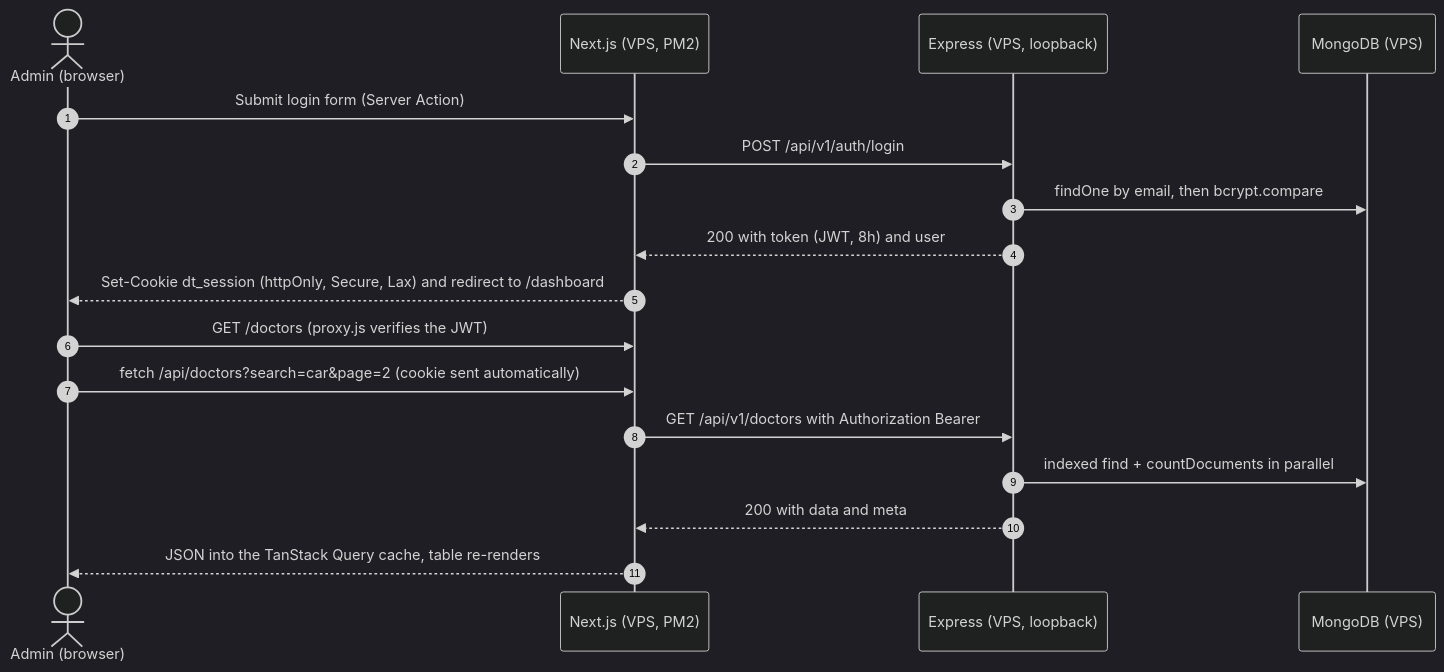
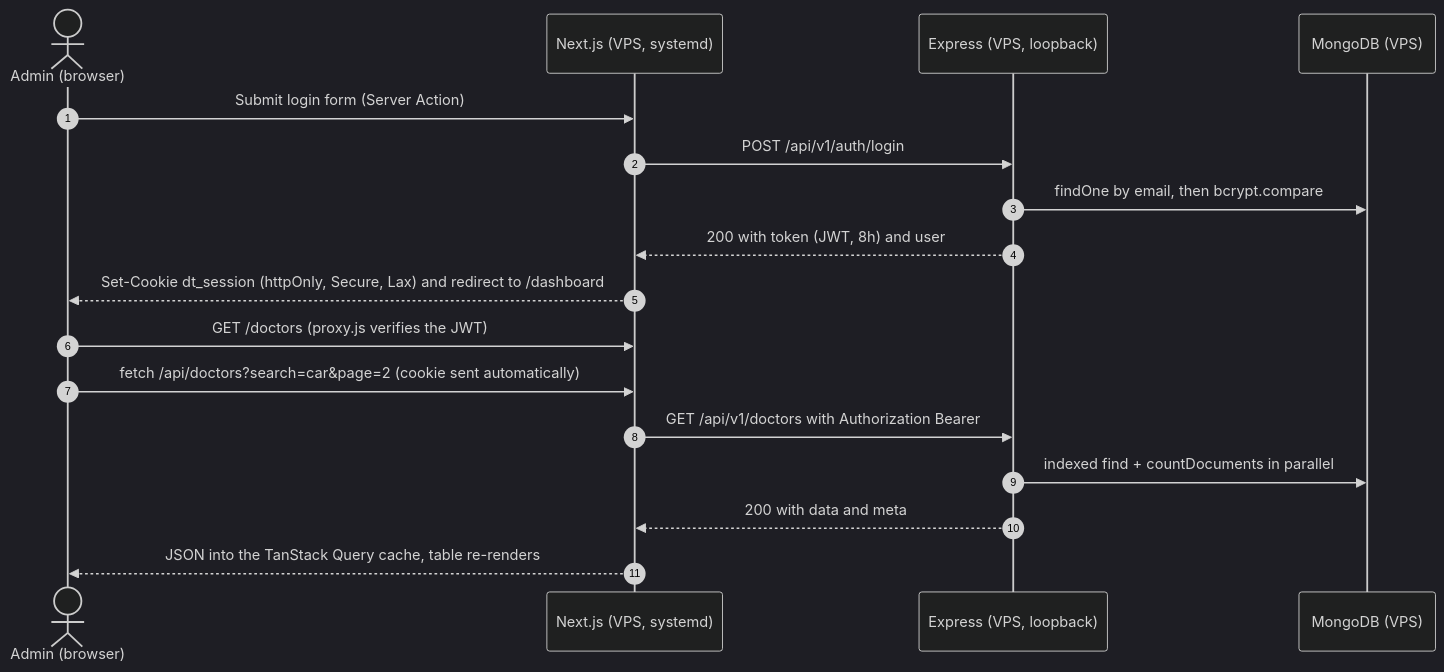
The second of 4 diagrams in RUNBOOK.md (zakaria-akash/doctor-tracker), drawn with Mermaid (dark theme) before and after one commit. The commit also changed other lines of this file and 2 other files, not shown here.

Commit message:
docs: plan isolated VPS deploy with short nip.io URLs

````diff
--- a/RUNBOOK.md
+++ b/RUNBOOK.md
@@ -176,19 +176,19 @@
 ```mermaid
 sequenceDiagram
   autonumber
   actor U as Admin (browser)
-  participant N as Next.js (VPS, PM2)
+  participant N as Next.js (VPS, systemd)
   participant E as Express (VPS, loopback)
   participant M as MongoDB (VPS)
   U->>N: Submit login form (Server Action)
   N->>E: POST /api/v1/auth/login
   E->>M: findOne by email, then bcrypt.compare
   E-->>N: 200 with token (JWT, 8h) and user
   N-->>U: Set-Cookie dt_session (httpOnly, Secure, Lax) and redirect to /dashboard
   U->>N: GET /doctors (proxy.js verifies the JWT)
   U->>N: fetch /api/doctors?search=car&page=2 (cookie sent automatically)
   N->>E: GET /api/v1/doctors with Authorization Bearer
   E->>M: indexed find + countDocuments in parallel
   E-->>N: 200 with data and meta
   N-->>U: JSON into the TanStack Query cache, table re-renders
 ```
````
